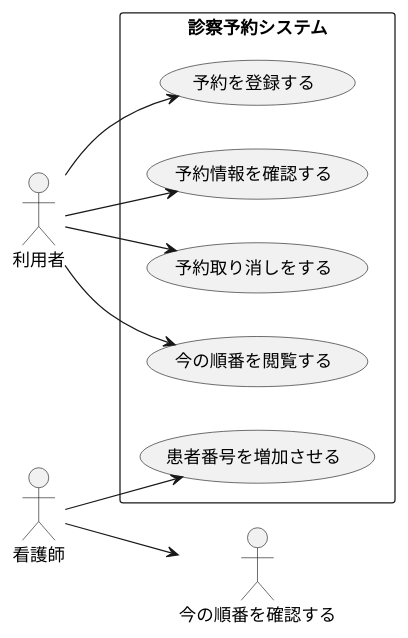
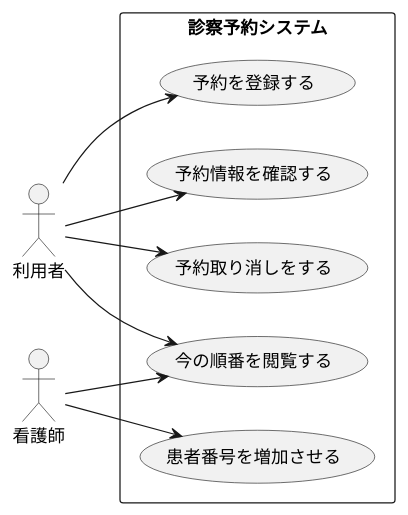
Before and after one commit to Raiki215/uml-introduction: the diagram in 演習6-3_ユースケース図_診察予約システム.pu, drawn with PlantUML.

Commit message:
やり直し

```diff
--- a/演習6-3_ユースケース図_診察予約システム.pu
+++ b/演習6-3_ユースケース図_診察予約システム.pu
@@ -1,18 +1,18 @@
 @startuml
 left to right direction
 actor 利用者 as a
 actor 看護師 as b
 rectangle 診察予約システム{
     usecase 予約を登録する
     usecase 予約情報を確認する
     usecase 予約取り消しをする
     usecase 今の順番を閲覧する
     usecase 患者番号を増加させる
 }
     a --> 予約を登録する
     a --> 予約情報を確認する
     a --> 予約取り消しをする
     a --> 今の順番を閲覧する
     b --> 患者番号を増加させる
-    b --> 今の順番を確認する
+    b --> 今の順番を閲覧する
 @enduml
```
